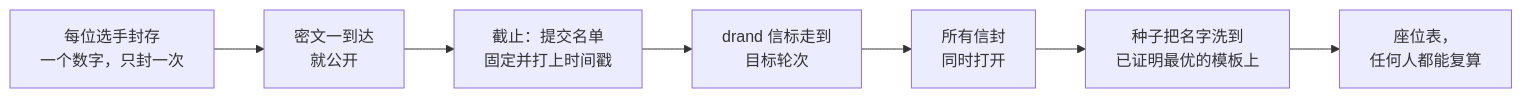
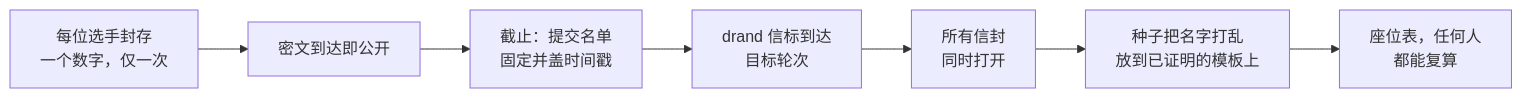
Before and after one commit to PRIEWIENV/mahjong-random-seating: the diagram in README.zh.md, drawn with Mermaid. The commit also changed other lines of this file and 22 other files, not shown here.

````diff
--- a/README.zh.md
+++ b/README.zh.md
@@ -31,9 +45,9 @@
 ```mermaid
 flowchart LR
-  A["每位选手封存<br/>一个数字，只封一次"] --> B["密文一到达<br/>就公开"]
-  B --> C["截止：提交名单<br/>固定并打上时间戳"]
-  C --> D["drand 信标走到<br/>目标轮次"]
+  A["每位选手封存<br/>一个数字，仅一次"] --> B["密文到达即公开"]
+  B --> C["截止：提交名单<br/>固定并盖时间戳"]
+  C --> D["drand 信标到达<br/>目标轮次"]
   D --> E["所有信封<br/>同时打开"]
-  E --> F["种子把名字洗到<br/>已证明最优的模板上"]
-  F --> G["座位表，<br/>任何人都能复算"]
+  E --> F["种子把名字打乱<br/>放到已证明的模板上"]
+  F --> G["座位表，任何人<br/>都能复算"]
 ```
````
